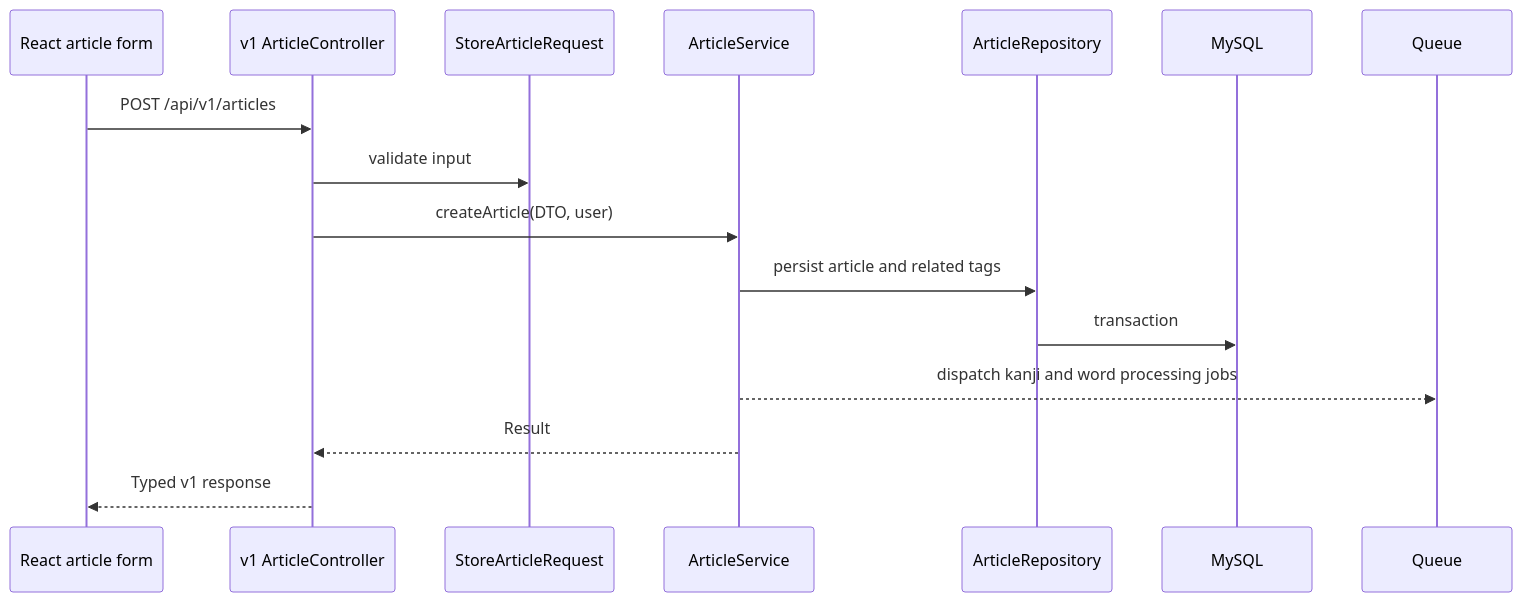
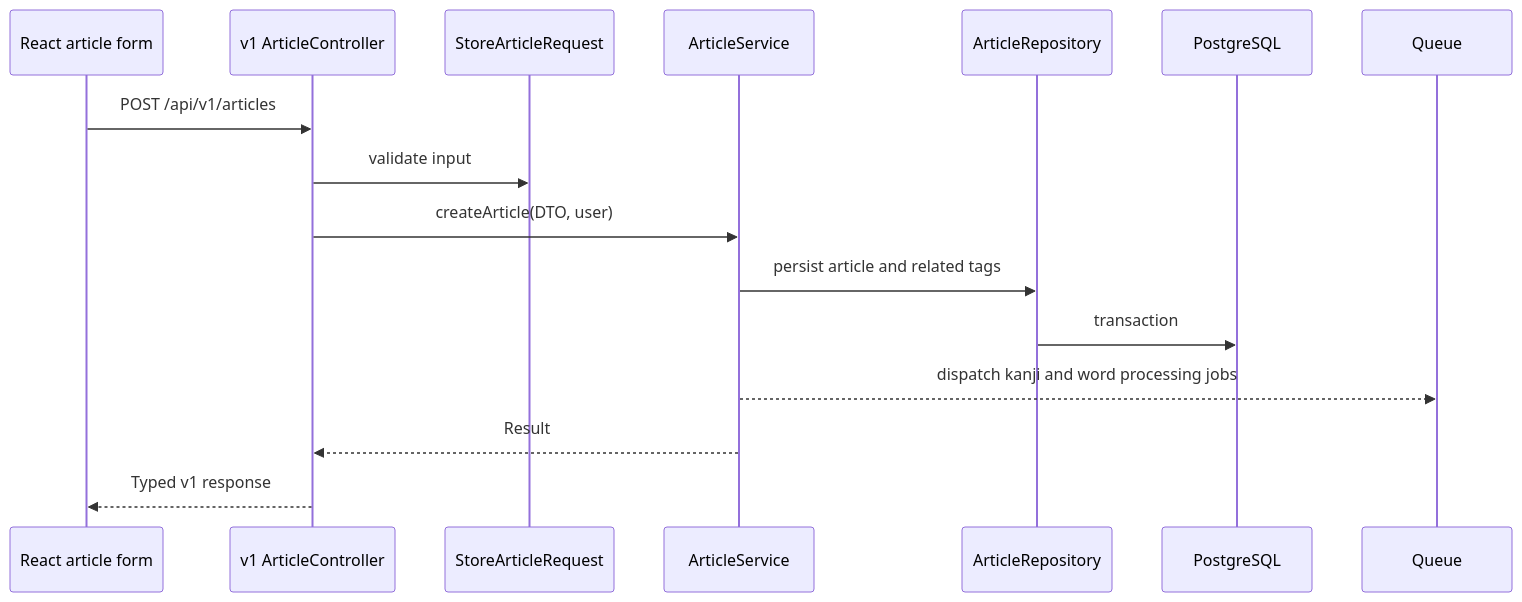
Before and after one commit to av3000/japanese-vma: the first of 2 diagrams in docs/architecture/application-boundaries.md, drawn with Mermaid. The commit also changed 17 other files, not shown here.

Commit message:
phase-7: complete PostgreSQL runtime switch

````diff
--- a/docs/architecture/application-boundaries.md
+++ b/docs/architecture/application-boundaries.md
@@ -73,19 +73,19 @@
 ```mermaid
 sequenceDiagram
     participant UI as React article form
     participant API as v1 ArticleController
     participant Req as StoreArticleRequest
     participant Svc as ArticleService
     participant Repo as ArticleRepository
-    participant DB as MySQL
+    participant DB as PostgreSQL
     participant Queue as Queue
 
     UI->>API: POST /api/v1/articles
     API->>Req: validate input
     API->>Svc: createArticle(DTO, user)
     Svc->>Repo: persist article and related tags
     Repo->>DB: transaction
     Svc-->>Queue: dispatch kanji and word processing jobs
     Svc-->>API: Result
     API-->>UI: Typed v1 response
 ```
````
